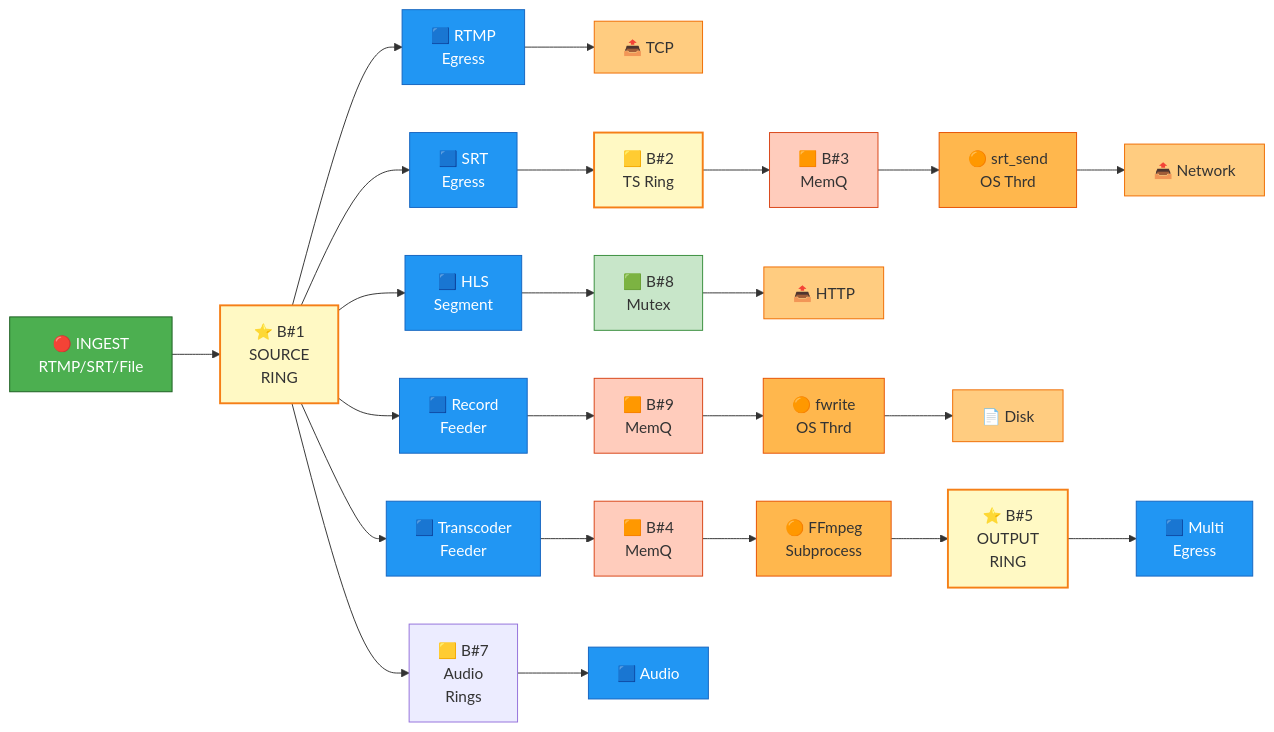
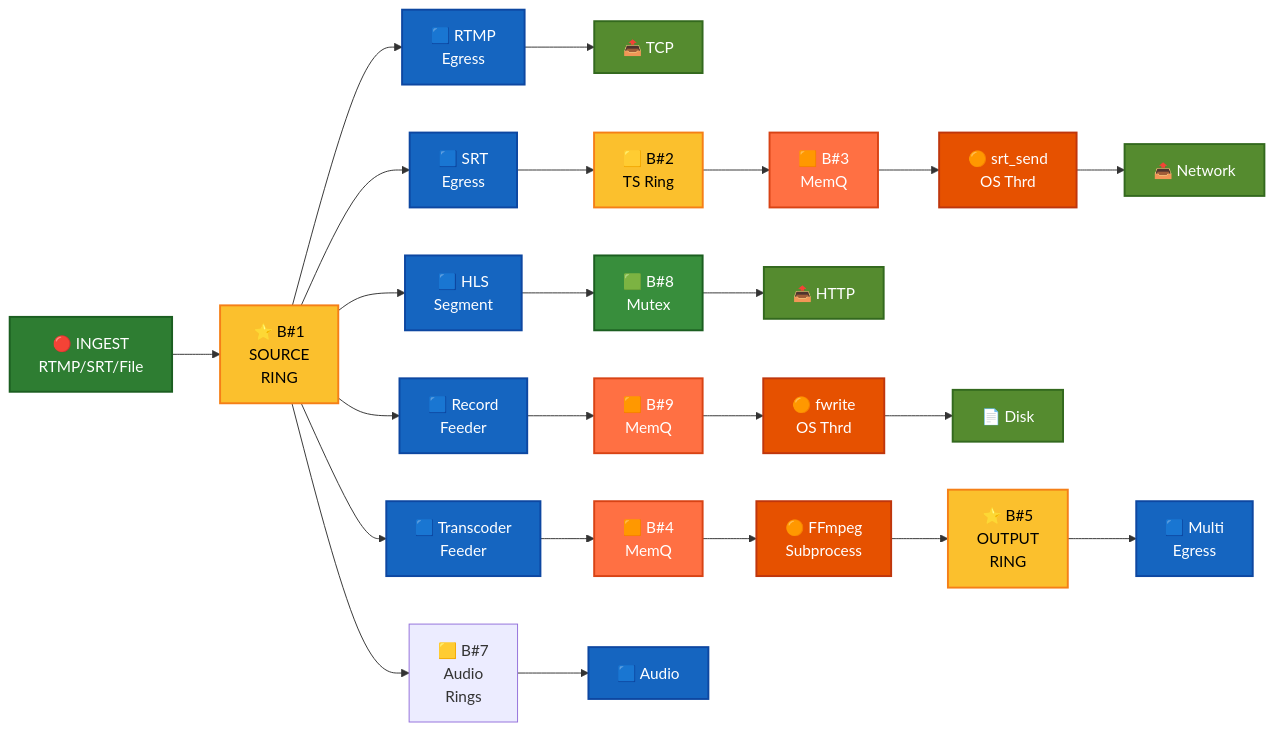
Before and after one commit to live-miracles/restream: the third of 3 diagrams in docs/run-to-completion-analysis.md, drawn with Mermaid. The commit also changed other lines of this file, not shown here.

First line of the commit message:
Improve Mermaid diagram colors for better contrast and readability

````diff
--- a/docs/run-to-completion-analysis.md
+++ b/docs/run-to-completion-analysis.md
@@ -141,47 +141,47 @@
 ```mermaid
 graph LR
     Ingest["🔴 INGEST<br/>RTMP/SRT/File"]
     Ingest --> B1["⭐ B#1<br/>SOURCE<br/>RING"]
     B1 --> RTMP["🟦 RTMP<br/>Egress"]
     B1 --> SRT["🟦 SRT<br/>Egress"]
     B1 --> HLS["🟦 HLS<br/>Segment"]
     B1 --> Rec["🟦 Record<br/>Feeder"]
     B1 --> Xcode["🟦 Transcoder<br/>Feeder"]
     
     RTMP --> TCP["📤 TCP"]
     SRT --> B2["🟨 B#2<br/>TS Ring"]
     B2 --> B3["🟧 B#3<br/>MemQ"]
     B3 --> OS_SRT["🟠 srt_send<br/>OS Thrd"]
     OS_SRT --> NET["📤 Network"]
     
     HLS --> B8["🟩 B#8<br/>Mutex"]
     B8 --> HTTP["📤 HTTP"]
     
     Rec --> B9["🟧 B#9<br/>MemQ"]
     B9 --> OS_Rec["🟠 fwrite<br/>OS Thrd"]
     OS_Rec --> DISK["📄 Disk"]
     
     Xcode --> B4["🟧 B#4<br/>MemQ"]
     B4 --> FFmpeg["🟠 FFmpeg<br/>Subprocess"]
     FFmpeg --> B5["⭐ B#5<br/>OUTPUT<br/>RING"]
     B5 --> Multi["🟦 Multi<br/>Egress"]
     
     B1 --> Audio["🟨 B#7<br/>Audio<br/>Rings"]
     Audio --> AudioOut["🟦 Audio"]
     
-    classDef ingest fill:#4caf50,stroke:#1b5e20,color:#fff
-    classDef ring fill:#fff9c4,stroke:#f57f17,stroke-width:2px
-    classDef queue fill:#ffccbc,stroke:#d84315
-    classDef mutex fill:#c8e6c9,stroke:#388e3c
-    classDef task fill:#2196f3,stroke:#1565c0,color:#fff
-    classDef thread fill:#ffb74d,stroke:#e65100
-    classDef output fill:#ffcc80,stroke:#ef6c00
+    classDef ingest fill:#2e7d32,stroke:#1b5e20,stroke-width:2px,color:#fff
+    classDef ring fill:#fbc02d,stroke:#f57f17,stroke-width:2px,color:#000
+    classDef queue fill:#ff7043,stroke:#d84315,stroke-width:2px,color:#fff
+    classDef mutex fill:#388e3c,stroke:#1b5e20,stroke-width:2px,color:#fff
+    classDef task fill:#1565c0,stroke:#0d47a1,stroke-width:2px,color:#fff
+    classDef thread fill:#e65100,stroke:#bf360c,stroke-width:2px,color:#fff
+    classDef output fill:#558b2f,stroke:#33691e,stroke-width:2px,color:#fff
     
     class Ingest ingest
     class B1,B2,B5 ring
     class B3,B4,B9 queue
     class B8 mutex
     class RTMP,SRT,HLS,Rec,Xcode,Multi,AudioOut task
     class OS_SRT,OS_Rec,FFmpeg thread
     class TCP,NET,HTTP,DISK output
 ```
````
